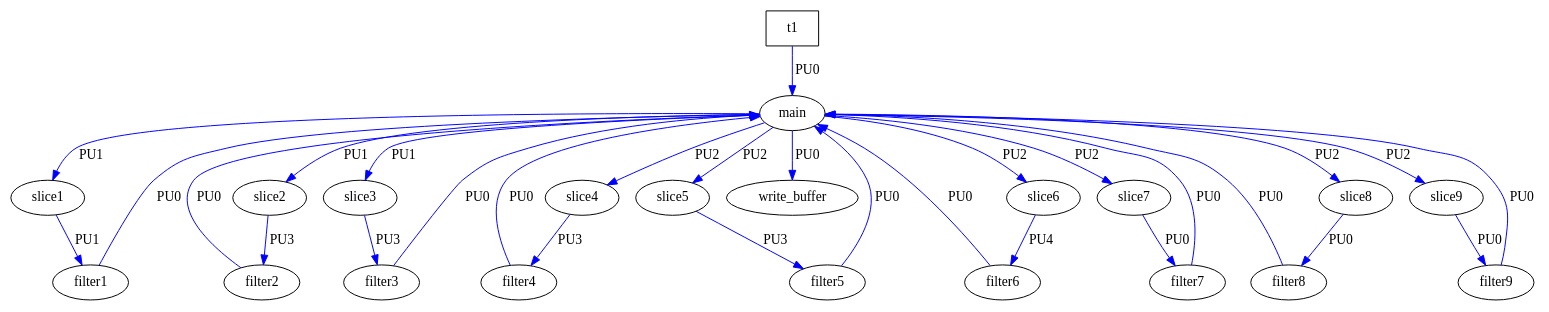
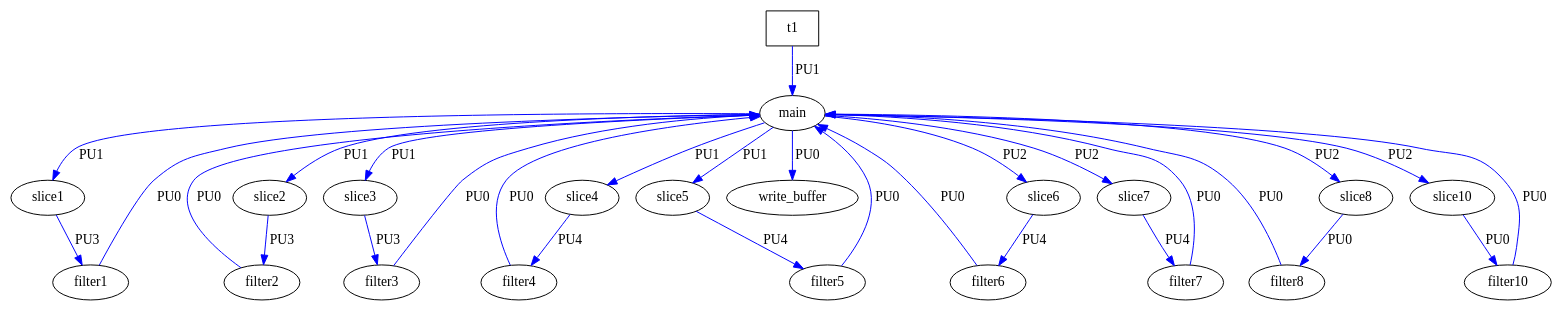
The diagram in graph.dot (samujoaz/ArchiDSE), drawn with Graphviz before and after one commit. The commit also changed 46 other files, not shown here.

```diff
--- a/graph.dot
+++ b/graph.dot
@@ -1,53 +1,53 @@
 digraph my_graph {
   overlap = scale;
    main[label="main"];
    slice1[label="slice1"];
    slice2[label="slice2"];
    slice3[label="slice3"];
    slice4[label="slice4"];
    slice5[label="slice5"];
    slice6[label="slice6"];
    slice7[label="slice7"];
    slice8[label="slice8"];
-   slice9[label="slice9"];
+   slice10[label="slice10"];
    filter1[label="filter1"];
    filter2[label="filter2"];
    filter3[label="filter3"];
    filter4[label="filter4"];
    filter5[label="filter5"];
    filter6[label="filter6"];
    filter7[label="filter7"];
    filter8[label="filter8"];
-   filter9[label="filter9"];
+   filter10[label="filter10"];
    write_buffer[label="write_buffer"];
    t1[label="t1",shape=box ];
-   t1 -> main[label="PU0", color=blue];
+   t1 -> main[label="PU1", color=blue];
    main -> slice1[label="PU1", color=blue];
    main -> slice2[label="PU1", color=blue];
    main -> slice3[label="PU1", color=blue];
-   main -> slice4[label="PU2", color=blue];
-   main -> slice5[label="PU2", color=blue];
+   main -> slice4[label="PU1", color=blue];
+   main -> slice5[label="PU1", color=blue];
    main -> slice6[label="PU2", color=blue];
    main -> slice7[label="PU2", color=blue];
    main -> slice8[label="PU2", color=blue];
-   main -> slice9[label="PU2", color=blue];
-   slice1 -> filter1[label="PU1", color=blue];
+   main -> slice10[label="PU2", color=blue];
+   slice1 -> filter1[label="PU3", color=blue];
    slice2 -> filter2[label="PU3", color=blue];
    slice3 -> filter3[label="PU3", color=blue];
-   slice4 -> filter4[label="PU3", color=blue];
-   slice5 -> filter5[label="PU3", color=blue];
+   slice4 -> filter4[label="PU4", color=blue];
+   slice5 -> filter5[label="PU4", color=blue];
    slice6 -> filter6[label="PU4", color=blue];
-   slice7 -> filter7[label="PU0", color=blue];
+   slice7 -> filter7[label="PU4", color=blue];
    slice8 -> filter8[label="PU0", color=blue];
-   slice9 -> filter9[label="PU0", color=blue];
+   slice10 -> filter10[label="PU0", color=blue];
    filter1 -> main[label="PU0", color=blue];
    filter2 -> main[label="PU0", color=blue];
    filter3 -> main[label="PU0", color=blue];
    filter4 -> main[label="PU0", color=blue];
    filter5 -> main[label="PU0", color=blue];
    filter6 -> main[label="PU0", color=blue];
    filter7 -> main[label="PU0", color=blue];
    filter8 -> main[label="PU0", color=blue];
-   filter9 -> main[label="PU0", color=blue];
+   filter10 -> main[label="PU0", color=blue];
    main -> write_buffer[label="PU0", color=blue];
 }
```
